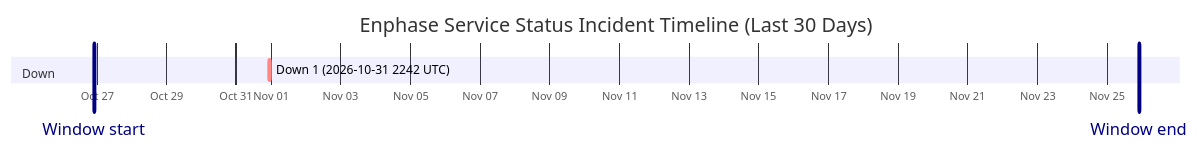
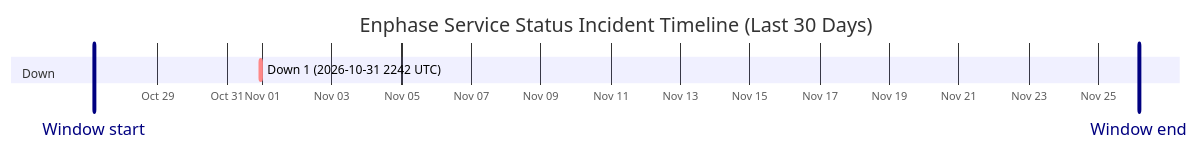
Before and after one commit to barneyonline/ha-enphase-energy: the diagram in wiki/Service-Status-History.md, drawn with Mermaid. The commit also changed other lines of this file and 3 other files, not shown here.

````diff
--- a/wiki/Service-Status-History.md
+++ b/wiki/Service-Status-History.md
@@ -14,10 +14,10 @@
 ```mermaid
 gantt
     title Enphase Service Status Incident Timeline (Last 30 Days)
     dateFormat  YYYY-MM-DDTHH:mm:ss
     axisFormat  %b %d
-    Window start :vert, window-start, 2026-10-26T21:54:32, 0ms
-    Window end :vert, window-end, 2026-11-25T21:54:32, 0ms
+    Window start :vert, window-start, 2026-10-27T03:56:54, 0ms
+    Window end :vert, window-end, 2026-11-26T03:56:54, 0ms
     section Down
     Down 1 (2026-10-31 2242 UTC) :crit, down-1, 2026-10-31T22:42:18, 60m
 ```
````
